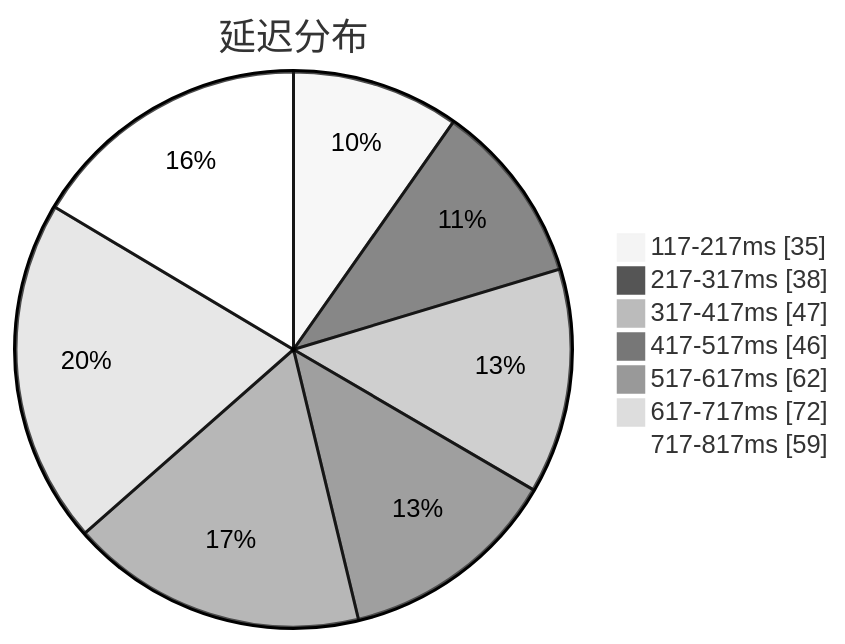
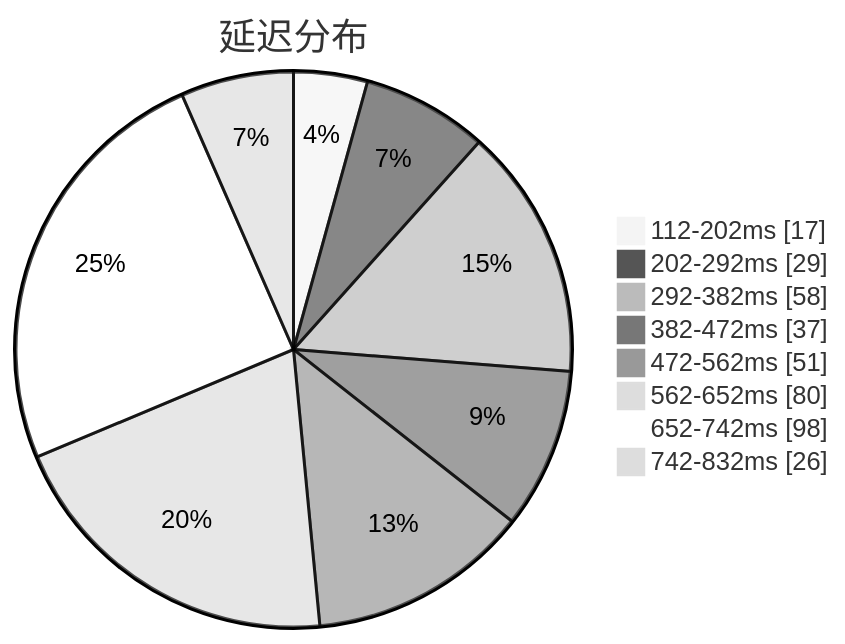
The first of 3 diagrams in subs/statistics/tested_within.md (sinspired/airport), drawn with Mermaid (neutral theme) before and after one commit. The commit also changed other lines of this file and 2 other files, not shown here.

````diff
--- a/subs/statistics/tested_within.md
+++ b/subs/statistics/tested_within.md
@@ -2,11 +2,12 @@
 ```mermaid
 pie showData
 title 延迟分布
-"117-217ms" : 35
-"217-317ms" : 38
-"317-417ms" : 47
-"417-517ms" : 46
-"517-617ms" : 62
-"617-717ms" : 72
-"717-817ms" : 59
+"112-202ms" : 17
+"202-292ms" : 29
+"292-382ms" : 58
+"382-472ms" : 37
+"472-562ms" : 51
+"562-652ms" : 80
+"652-742ms" : 98
+"742-832ms" : 26
 ```
````
